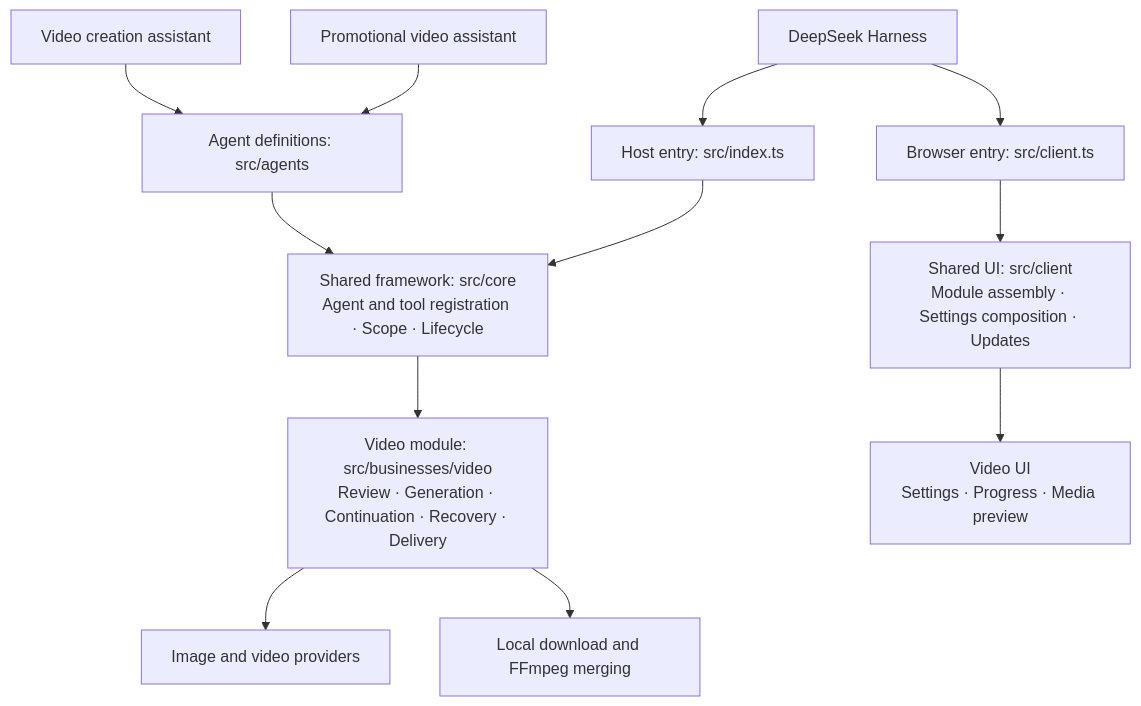
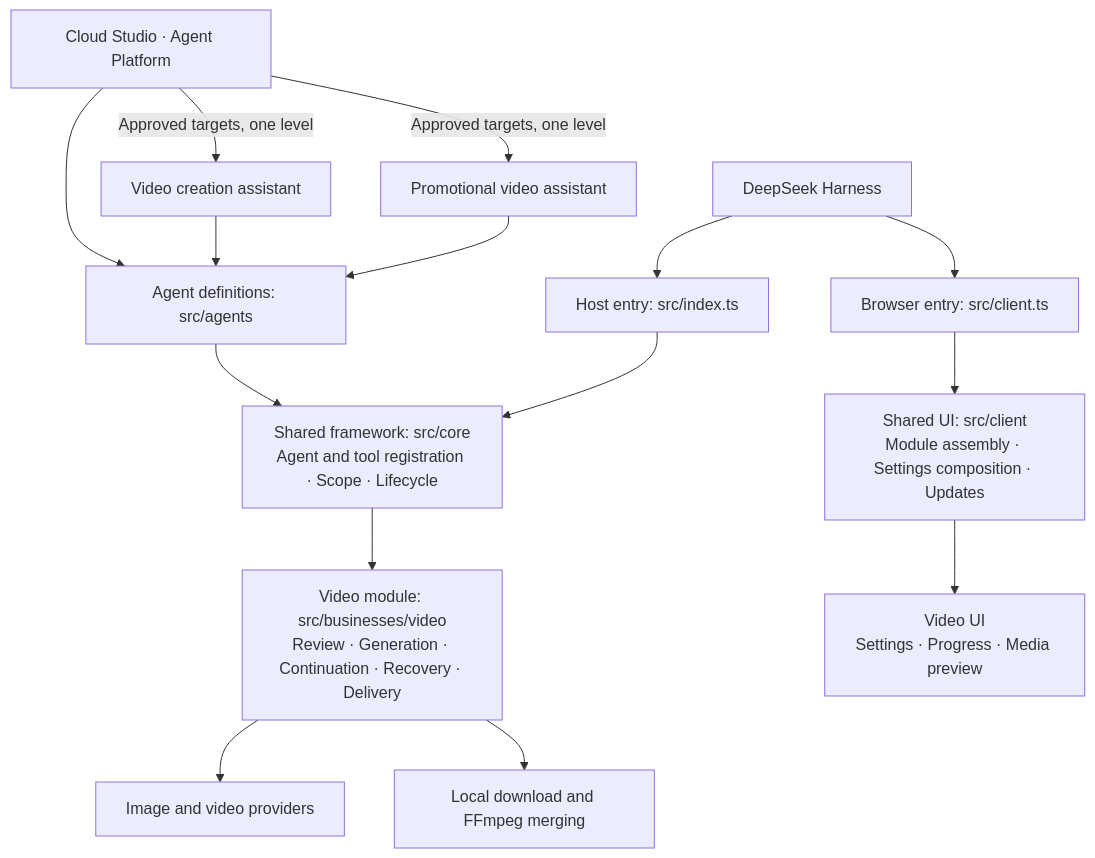
One commit to wxsimon2022/metaontic-agent-forge changed the diagram in README.en.md. Above: the diagram before and after it, drawn with Mermaid. The commit also changed other lines of this file and 18 other files, not shown here.

Commit message:
feat: finalize Cloud Studio orchestration and repository migration

````diff
--- a/README.en.md
+++ b/README.en.md
@@ -53,15 +53,18 @@
 ```mermaid
 flowchart TB
     Harness[DeepSeek Harness]
     Harness --> Host["Host entry: src/index.ts"]
     Harness --> Client["Browser entry: src/client.ts"]
-    Director[Video creation assistant] --> Agents["Agent definitions: src/agents"]
+    Studio[Cloud Studio · Agent Platform] -->|Approved targets, one level| Director[Video creation assistant]
+    Studio -->|Approved targets, one level| Promo[Promotional video assistant]
+    Studio --> Agents["Agent definitions: src/agents"]
+    Director --> Agents["Agent definitions: src/agents"]
     Promo[Promotional video assistant] --> Agents
     Agents --> Core["Shared framework: src/core<br/>Agent and tool registration · Scope · Lifecycle"]
     Host --> Core
     Core --> Video["Video module: src/businesses/video<br/>Review · Generation · Continuation · Recovery · Delivery"]
     Video --> Providers[Image and video providers]
     Video --> Media[Local download and FFmpeg merging]
     Client --> UI["Shared UI: src/client<br/>Module assembly · Settings composition · Updates"]
     UI --> VideoUI["Video UI<br/>Settings · Progress · Media preview"]
 ```
````
